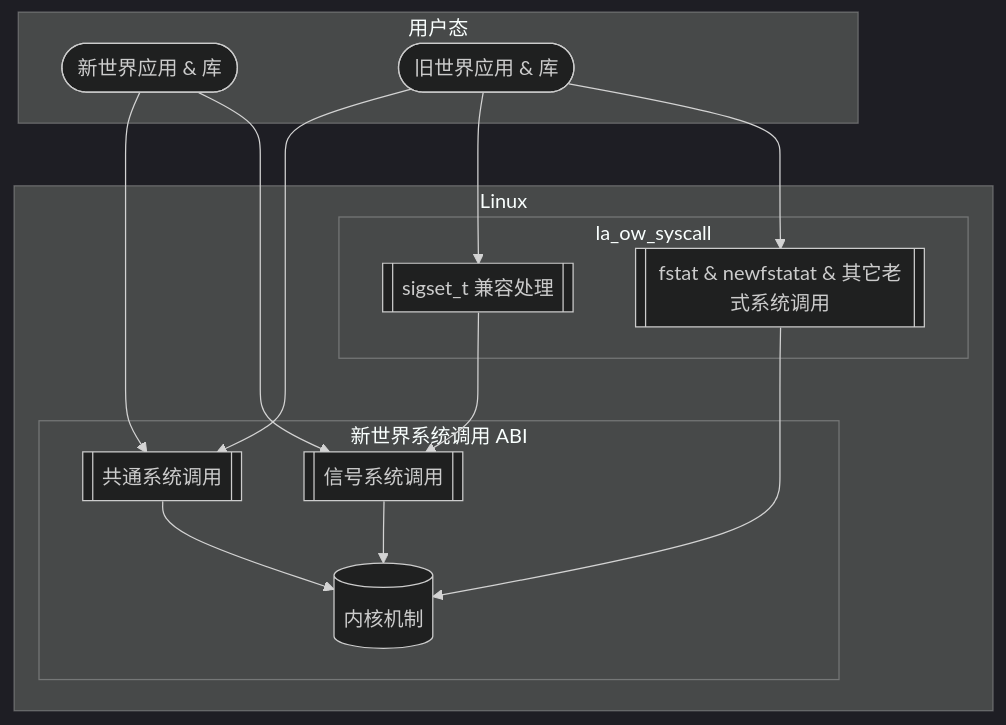
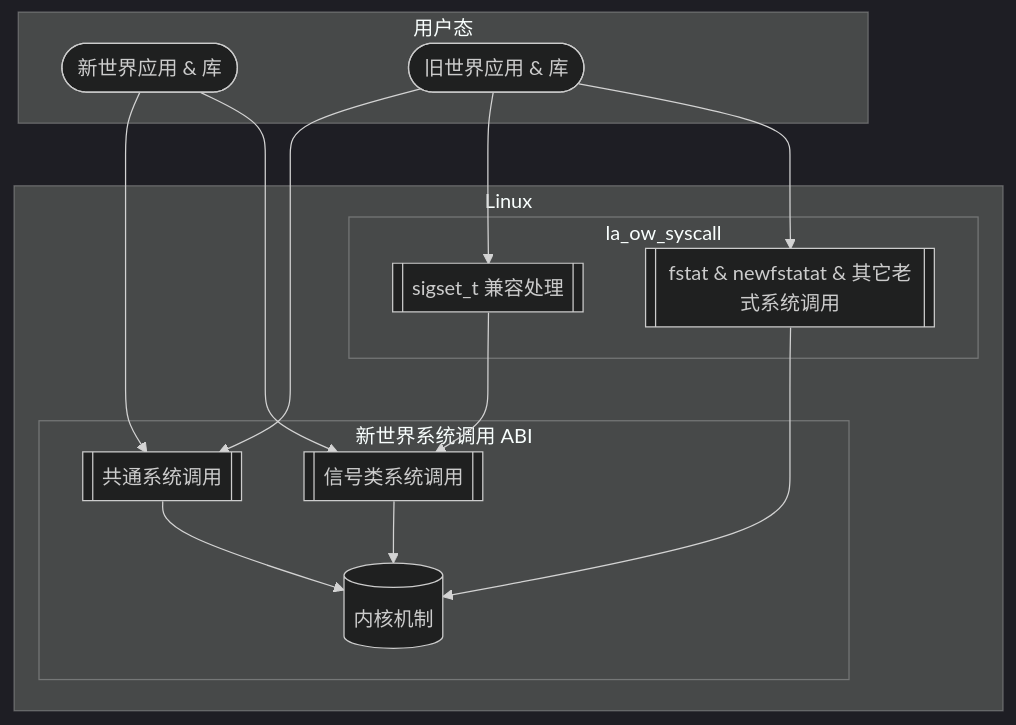
One commit to loongson-community/areweloongyet changed the first of 2 diagrams in docs/world-compat-details/liblol.md. Above: the diagram before and after it, drawn with Mermaid (dark theme). The commit also changed other lines of this file, not shown here.

````diff
--- a/docs/world-compat-details/liblol.md
+++ b/docs/world-compat-details/liblol.md
@@ -43,28 +56,28 @@
 ```mermaid
 flowchart TB
     subgraph apps ["用户态"]
         StaticNWApp([新世界应用 & 库])
         StaticOWApp([旧世界应用 & 库])
     end
 
     subgraph Linux
         Executive[(内核机制)]
 
         subgraph nw_syscalls [新世界系统调用 ABI]
-            SyscallSignals[[信号系统调用]] --> Executive
+            SyscallSignals[[信号类系统调用]] --> Executive
             SyscallCommon[[共通系统调用]] --> Executive
         end
 
         subgraph la_ow_syscall
             LolFstat[[fstat & newfstatat & 其它老式系统调用]] --> Executive
             SignalWrappers[["sigset_t 兼容处理"]] --> SyscallSignals
         end
     end
 
     StaticNWApp --> SyscallSignals
     StaticNWApp --> SyscallCommon
 
     StaticOWApp --> LolFstat
     StaticOWApp --> SignalWrappers
     StaticOWApp --> SyscallCommon
 ```
````
